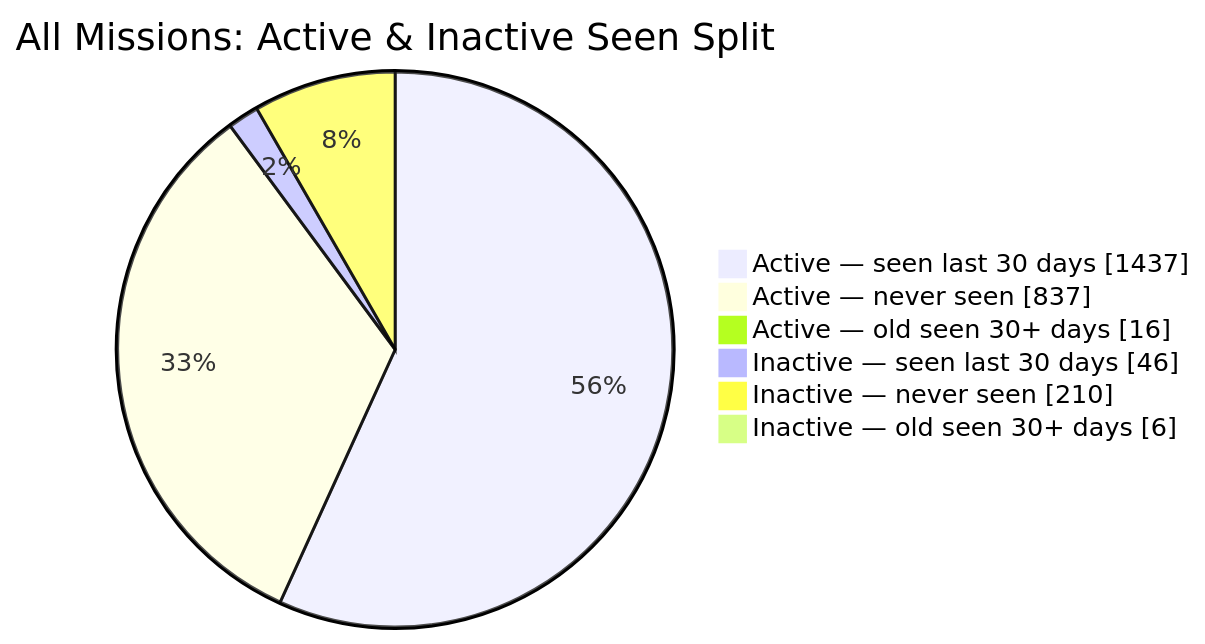
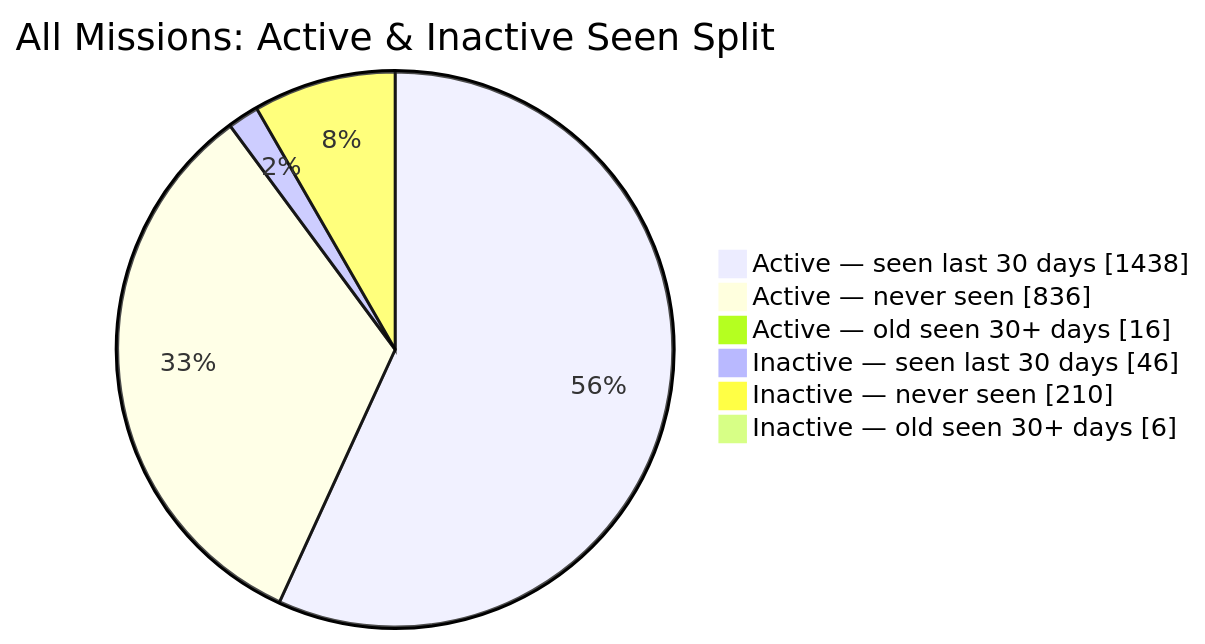
Before and after one commit to MeldkamerspelGameTeam/active-missions: the second of 2 diagrams in README.md, drawn with Mermaid. The commit also changed other lines of this file and 3 other files, not shown here.

````diff
--- a/README.md
+++ b/README.md
@@ -44,10 +44,10 @@
 ```mermaid
 pie showData
     title All Missions: Active & Inactive Seen Split
-    "Active — seen last 30 days" : 1437
-    "Active — never seen" : 837
+    "Active — seen last 30 days" : 1438
+    "Active — never seen" : 836
     "Active — old seen 30+ days" : 16
     "Inactive — seen last 30 days" : 46
     "Inactive — never seen" : 210
     "Inactive — old seen 30+ days" : 6
 ```
````
